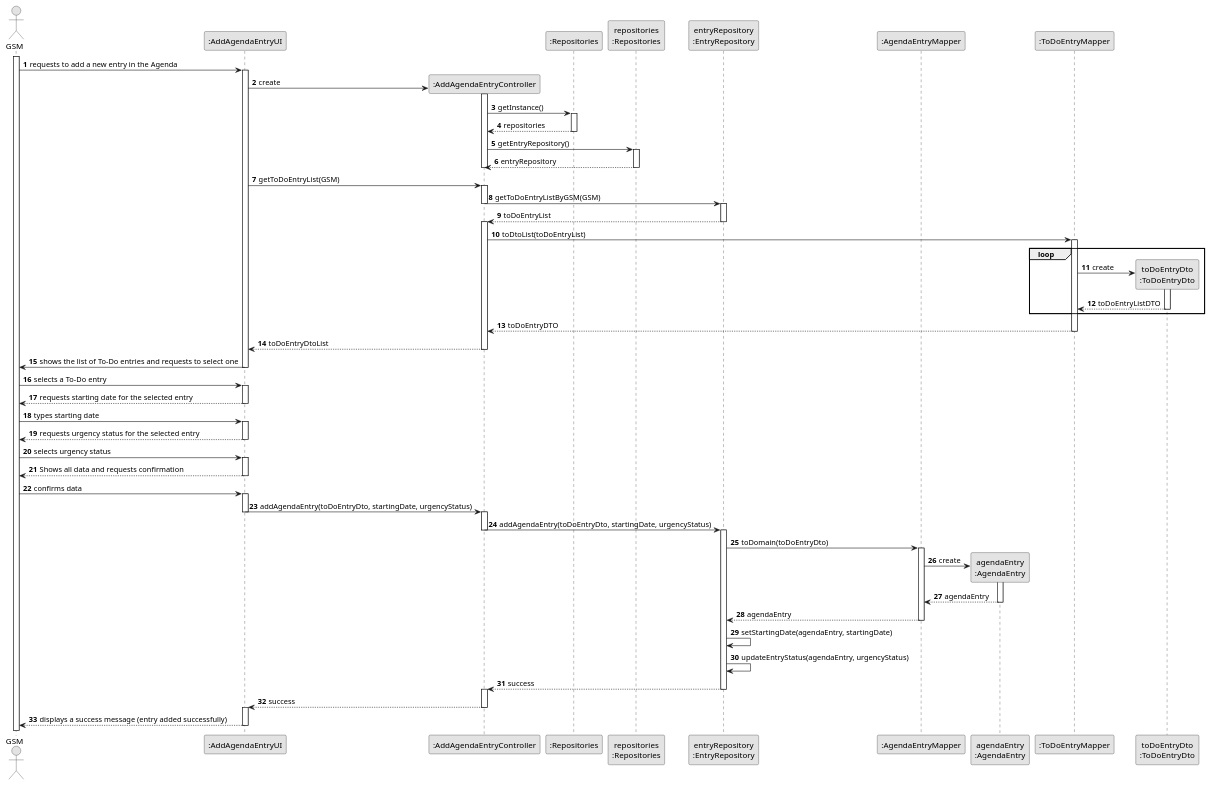
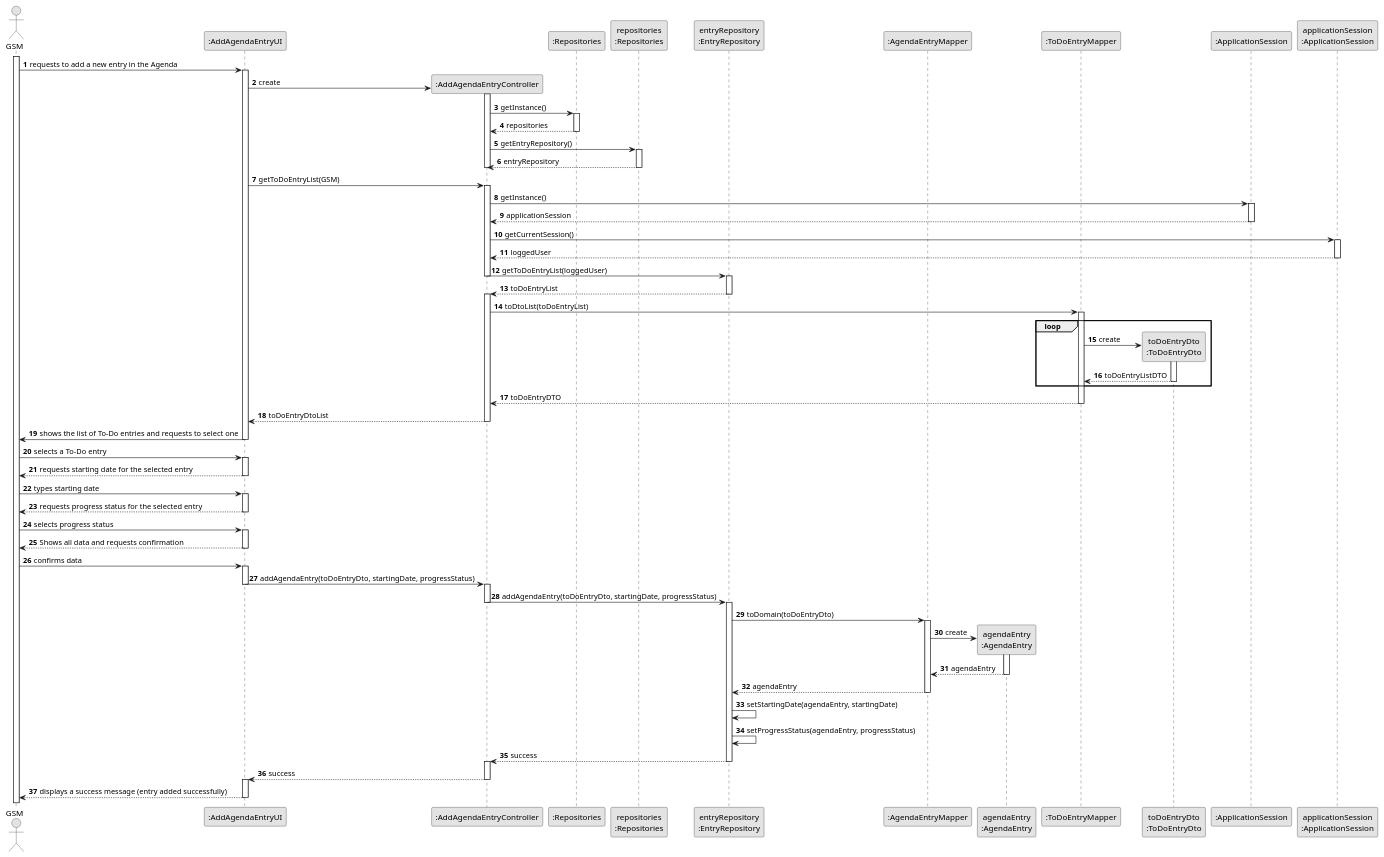
Before and after one commit to ricardomm7/leaflink: the diagram in docs/sprintC/us022/03.design/puml/us022-sequence-diagram-full.puml, drawn with PlantUML. The commit also changed 20 other files, not shown here.

```diff
--- a/docs/sprintC/us022/03.design/puml/us022-sequence-diagram-full.puml
+++ b/docs/sprintC/us022/03.design/puml/us022-sequence-diagram-full.puml
@@ -1,131 +1,143 @@
 @startuml
 skinparam monochrome true
 skinparam packageStyle rectangle
 skinparam shadowing false
 
 autonumber
 
 actor "GSM" as GSM
 participant ":AddAgendaEntryUI" as UI
 participant ":AddAgendaEntryController" as CTRL
 participant ":Repositories" as RepositorySingleton
 participant "repositories\n:Repositories" as PLAT
 participant "entryRepository\n:EntryRepository" as EntryRepo
 participant ":AgendaEntryMapper" as AgendaEntryMapper
 participant "agendaEntry\n:AgendaEntry" as AgendaEntry
 participant ":ToDoEntryMapper" as ToDoEntryMapper
 participant "toDoEntryDto\n:ToDoEntryDto" as ToDoEntryDto
+participant ":ApplicationSession" as ApplicationSession
+participant "applicationSession\n:ApplicationSession" as applicationSession1
 
 activate GSM
 
     GSM -> UI : requests to add a new entry in the Agenda
     activate UI
 
         UI -> CTRL **: create
         activate CTRL
 
             CTRL -> RepositorySingleton : getInstance()
             activate RepositorySingleton
 
                 RepositorySingleton --> CTRL : repositories
             deactivate RepositorySingleton
 
             CTRL -> PLAT : getEntryRepository()
             activate PLAT
 
             PLAT --> CTRL : entryRepository
             deactivate PLAT
 
         deactivate CTRL
 
 
 
         UI -> CTRL: getToDoEntryList(GSM)
         activate CTRL
 
-            CTRL -> EntryRepo: getToDoEntryListByGSM(GSM)
+        CTRL -> ApplicationSession : getInstance()
+                activate ApplicationSession
+                ApplicationSession --> CTRL : applicationSession
+                deactivate ApplicationSession
+
+                CTRL -> applicationSession1 : getCurrentSession()
+                activate applicationSession1
+                applicationSession1 --> CTRL : loggedUser
+                deactivate applicationSession1
+
+            CTRL -> EntryRepo: getToDoEntryList(loggedUser)
             deactivate CTRL
             activate EntryRepo
 
             EntryRepo --> CTRL: toDoEntryList
             deactivate EntryRepo
             activate CTRL
 
             CTRL -> ToDoEntryMapper : toDtoList(toDoEntryList)
             activate ToDoEntryMapper
 
             loop
 
                 ToDoEntryMapper -> ToDoEntryDto** : create
                 activate ToDoEntryDto
 
                 ToDoEntryDto --> ToDoEntryMapper : toDoEntryListDTO
                 deactivate ToDoEntryDto
             end
 
             ToDoEntryMapper --> CTRL : toDoEntryDTO
             deactivate ToDoEntryMapper
 
             CTRL --> UI : toDoEntryDtoList
         deactivate CTRL
 
         UI -> GSM : shows the list of To-Do entries and requests to select one
     deactivate UI
 
     GSM -> UI : selects a To-Do entry
     activate UI
 
         UI --> GSM : requests starting date for the selected entry
     deactivate UI
 
     GSM -> UI : types starting date
     activate UI
 
-         UI --> GSM : requests urgency status for the selected entry
+         UI --> GSM : requests progress status for the selected entry
     deactivate UI
 
-    GSM -> UI : selects urgency status
+    GSM -> UI : selects progress status
     activate UI
 
     UI --> GSM : Shows all data and requests confirmation
     deactivate UI
 
     GSM -> UI: confirms data
     activate UI
 
-        UI -> CTRL : addAgendaEntry(toDoEntryDto, startingDate, urgencyStatus)
+        UI -> CTRL : addAgendaEntry(toDoEntryDto, startingDate, progressStatus)
         deactivate UI
         activate CTRL
 
 
-            CTRL -> EntryRepo : addAgendaEntry(toDoEntryDto, startingDate, urgencyStatus)
+            CTRL -> EntryRepo : addAgendaEntry(toDoEntryDto, startingDate, progressStatus)
             deactivate CTRL
             activate EntryRepo
 
             EntryRepo -> AgendaEntryMapper : toDomain(toDoEntryDto)
             activate AgendaEntryMapper
 
                 AgendaEntryMapper -> AgendaEntry** : create
                 activate AgendaEntry
 
                 AgendaEntry --> AgendaEntryMapper : agendaEntry
                 deactivate AgendaEntry
 
             AgendaEntryMapper --> EntryRepo : agendaEntry
             deactivate AgendaEntryMapper
 
                 EntryRepo -> EntryRepo : setStartingDate(agendaEntry, startingDate)
-                EntryRepo -> EntryRepo : updateEntryStatus(agendaEntry, urgencyStatus)
+                EntryRepo -> EntryRepo : setProgressStatus(agendaEntry, progressStatus)
 
             EntryRepo --> CTRL : success
             deactivate EntryRepo
             activate CTRL
 
         CTRL --> UI : success
     deactivate CTRL
     activate UI
 
     UI --> GSM : displays a success message (entry added successfully)
 deactivate UI
 
 @enduml
```
